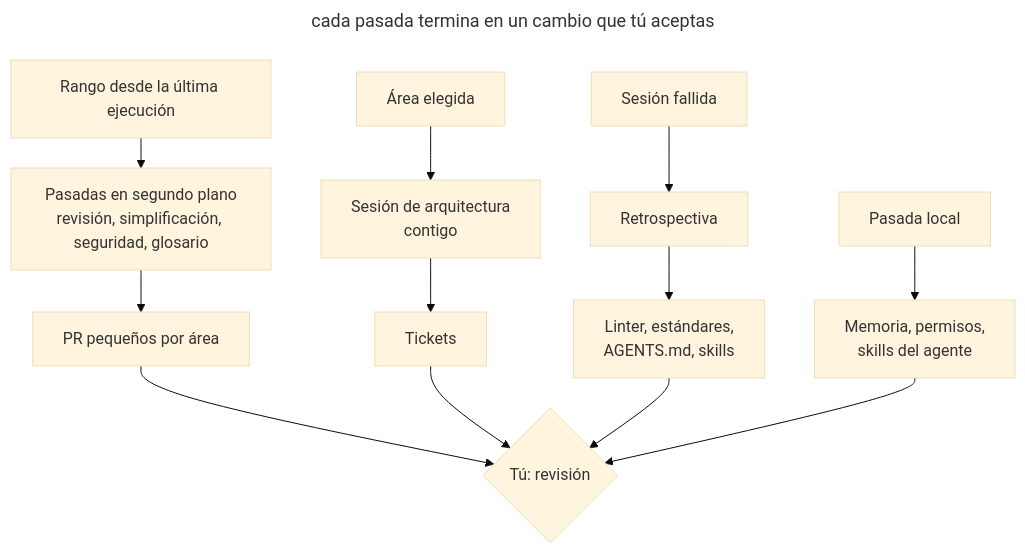
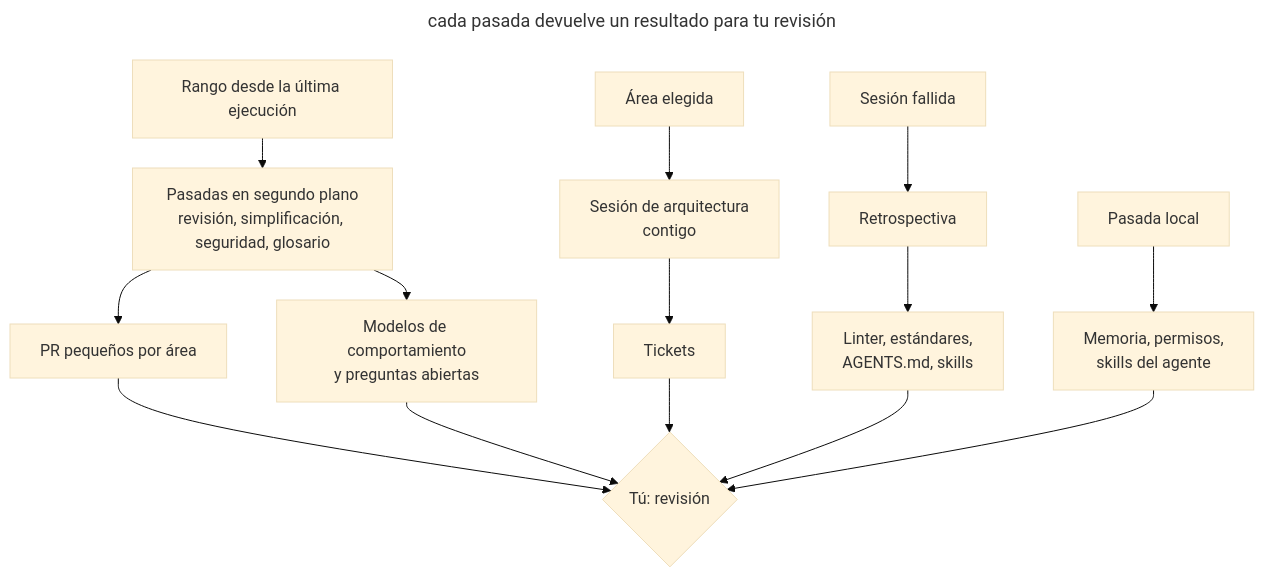
The diagram in book/es/scheduled-maintenance.md (mokevnin/agentic-coding-design-patterns), drawn with Mermaid (base theme) before and after one commit. The commit also changed other lines of this file and 12 other files, not shown here.

````diff
--- a/book/es/scheduled-maintenance.md
+++ b/book/es/scheduled-maintenance.md
@@ -40,20 +42,22 @@
 ```mermaid
 ---
-title: cada pasada termina en un cambio que tú aceptas
+title: cada pasada devuelve un resultado para tu revisión
 config:
   flowchart:
     rankSpacing: 30
 ---
 flowchart TB
   range["Rango desde la última ejecución"] --> cloud["Pasadas en segundo plano<br/>revisión, simplificación, seguridad, glosario"]:::accent
   cloud --> prs["PR pequeños por área"]
+  cloud --> models["Modelos de comportamiento<br/>y preguntas abiertas"]
   area["Área elegida"] --> arch["Sesión de arquitectura<br/>contigo"]
   arch --> tickets["Tickets"]
   fail["Sesión fallida"]:::warn --> retro["Retrospectiva"]
   retro --> env["Linter, estándares,<br/>AGENTS.md, skills"]
   local["Pasada local"]:::muted --> tool["Memoria, permisos,<br/>skills del agente"]
   prs --> you{"Tú: revisión"}:::accent
+  models --> you
   tickets --> you
   env --> you
   tool --> you
 ```
````
